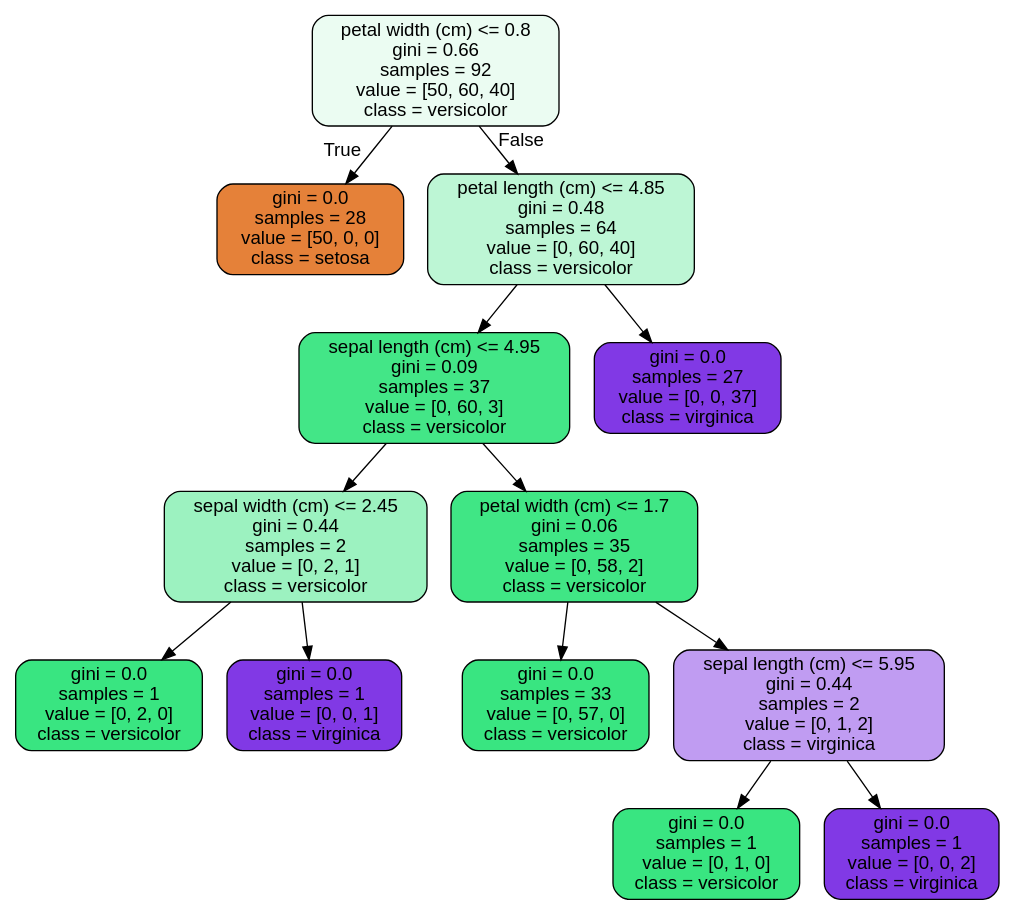
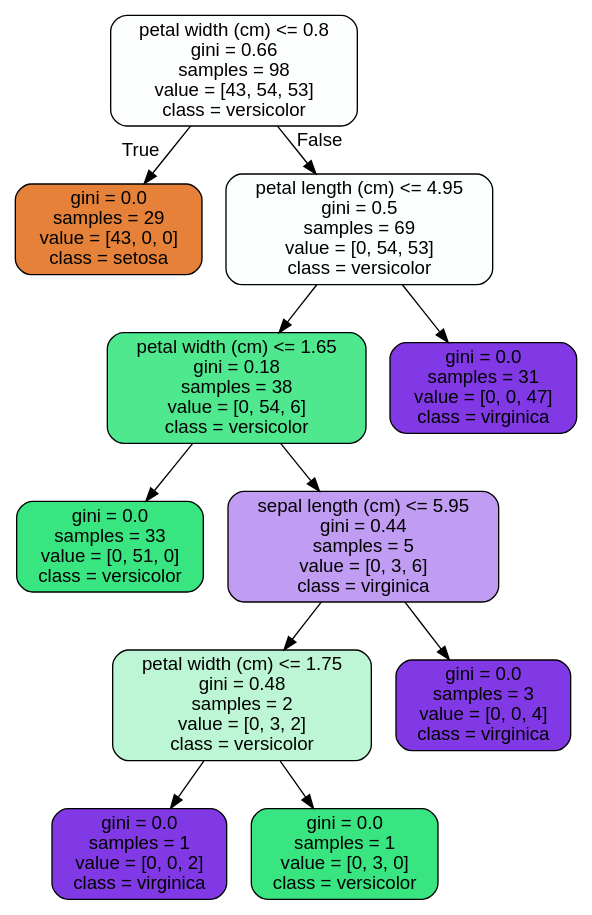
Before and after one commit to LNRobertson/Springboard: the diagram in random_forest/tree.dot, drawn with Graphviz. The commit also changed 3 other files, not shown here.

```diff
--- a/random_forest/tree.dot
+++ b/random_forest/tree.dot
@@ -1,29 +1,25 @@
 digraph Tree {
 node [shape=box, style="filled, rounded", color="black", fontname="helvetica"] ;
 edge [fontname="helvetica"] ;
-0 [label="petal width (cm) <= 0.8\ngini = 0.66\nsamples = 92\nvalue = [50, 60, 40]\nclass = versicolor", fillcolor="#ebfcf2"] ;
-1 [label="gini = 0.0\nsamples = 28\nvalue = [50, 0, 0]\nclass = setosa", fillcolor="#e58139"] ;
+0 [label="petal width (cm) <= 0.8\ngini = 0.66\nsamples = 98\nvalue = [43, 54, 53]\nclass = versicolor", fillcolor="#fdfffe"] ;
+1 [label="gini = 0.0\nsamples = 29\nvalue = [43, 0, 0]\nclass = setosa", fillcolor="#e58139"] ;
 0 -> 1 [labeldistance=2.5, labelangle=45, headlabel="True"] ;
-2 [label="petal length (cm) <= 4.85\ngini = 0.48\nsamples = 64\nvalue = [0, 60, 40]\nclass = versicolor", fillcolor="#bdf6d5"] ;
+2 [label="petal length (cm) <= 4.95\ngini = 0.5\nsamples = 69\nvalue = [0, 54, 53]\nclass = versicolor", fillcolor="#fbfffd"] ;
 0 -> 2 [labeldistance=2.5, labelangle=-45, headlabel="False"] ;
-3 [label="sepal length (cm) <= 4.95\ngini = 0.09\nsamples = 37\nvalue = [0, 60, 3]\nclass = versicolor", fillcolor="#43e687"] ;
+3 [label="petal width (cm) <= 1.65\ngini = 0.18\nsamples = 38\nvalue = [0, 54, 6]\nclass = versicolor", fillcolor="#4fe88f"] ;
 2 -> 3 ;
-4 [label="sepal width (cm) <= 2.45\ngini = 0.44\nsamples = 2\nvalue = [0, 2, 1]\nclass = versicolor", fillcolor="#9cf2c0"] ;
+4 [label="gini = 0.0\nsamples = 33\nvalue = [0, 51, 0]\nclass = versicolor", fillcolor="#39e581"] ;
 3 -> 4 ;
-5 [label="gini = 0.0\nsamples = 1\nvalue = [0, 2, 0]\nclass = versicolor", fillcolor="#39e581"] ;
-4 -> 5 ;
-6 [label="gini = 0.0\nsamples = 1\nvalue = [0, 0, 1]\nclass = virginica", fillcolor="#8139e5"] ;
-4 -> 6 ;
-7 [label="petal width (cm) <= 1.7\ngini = 0.06\nsamples = 35\nvalue = [0, 58, 2]\nclass = versicolor", fillcolor="#40e685"] ;
-3 -> 7 ;
-8 [label="gini = 0.0\nsamples = 33\nvalue = [0, 57, 0]\nclass = versicolor", fillcolor="#39e581"] ;
-7 -> 8 ;
-9 [label="sepal length (cm) <= 5.95\ngini = 0.44\nsamples = 2\nvalue = [0, 1, 2]\nclass = virginica", fillcolor="#c09cf2"] ;
-7 -> 9 ;
-10 [label="gini = 0.0\nsamples = 1\nvalue = [0, 1, 0]\nclass = versicolor", fillcolor="#39e581"] ;
-9 -> 10 ;
-11 [label="gini = 0.0\nsamples = 1\nvalue = [0, 0, 2]\nclass = virginica", fillcolor="#8139e5"] ;
-9 -> 11 ;
-12 [label="gini = 0.0\nsamples = 27\nvalue = [0, 0, 37]\nclass = virginica", fillcolor="#8139e5"] ;
-2 -> 12 ;
+5 [label="sepal length (cm) <= 5.95\ngini = 0.44\nsamples = 5\nvalue = [0, 3, 6]\nclass = virginica", fillcolor="#c09cf2"] ;
+3 -> 5 ;
+6 [label="petal width (cm) <= 1.75\ngini = 0.48\nsamples = 2\nvalue = [0, 3, 2]\nclass = versicolor", fillcolor="#bdf6d5"] ;
+5 -> 6 ;
+7 [label="gini = 0.0\nsamples = 1\nvalue = [0, 0, 2]\nclass = virginica", fillcolor="#8139e5"] ;
+6 -> 7 ;
+8 [label="gini = 0.0\nsamples = 1\nvalue = [0, 3, 0]\nclass = versicolor", fillcolor="#39e581"] ;
+6 -> 8 ;
+9 [label="gini = 0.0\nsamples = 3\nvalue = [0, 0, 4]\nclass = virginica", fillcolor="#8139e5"] ;
+5 -> 9 ;
+10 [label="gini = 0.0\nsamples = 31\nvalue = [0, 0, 47]\nclass = virginica", fillcolor="#8139e5"] ;
+2 -> 10 ;
 }
```
